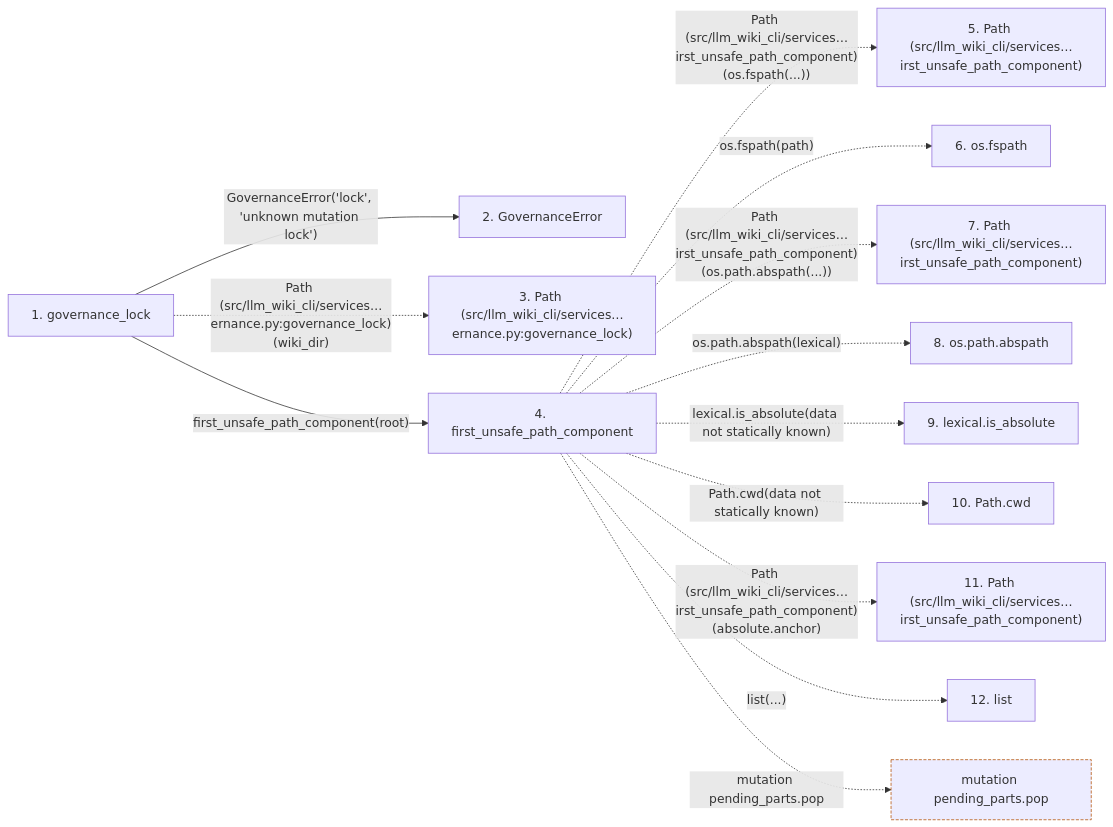
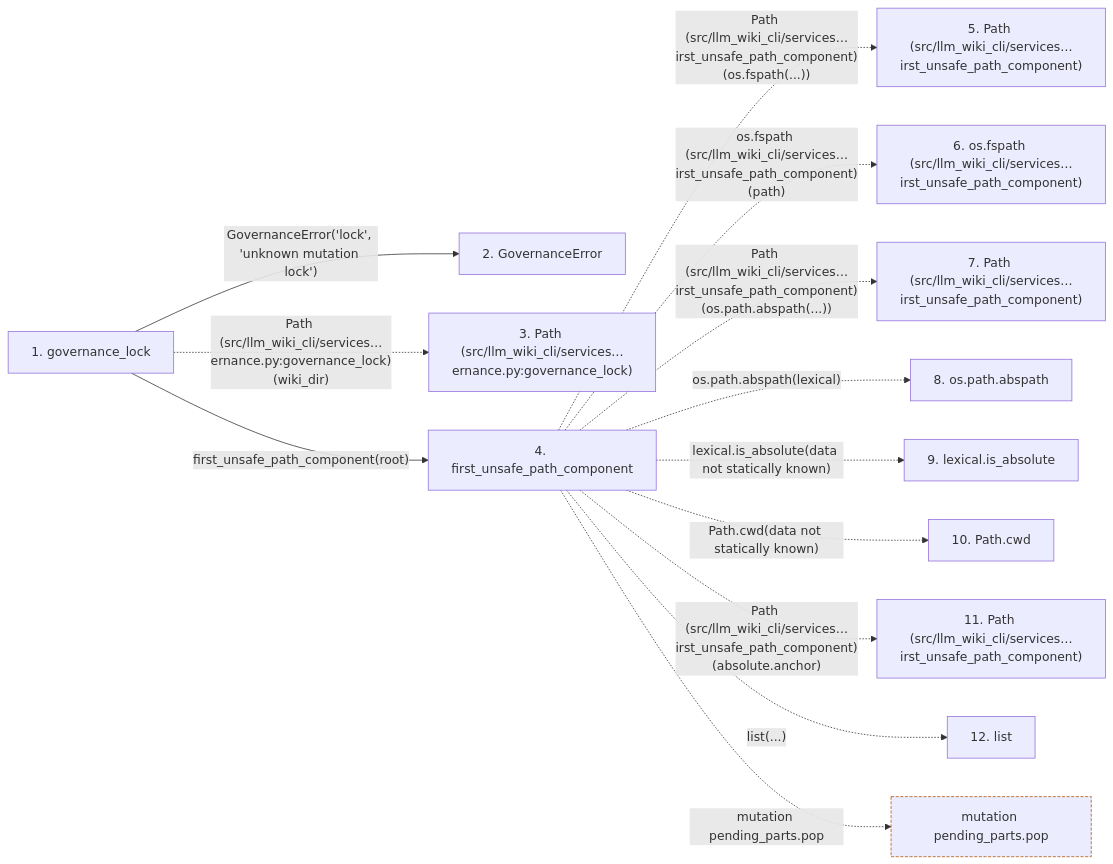
The second of 2 diagrams in docs/llm_wiki/flows/api-governance_lock.md (Denissvgn/python-wiki-llm), drawn with Mermaid before and after one commit. The commit also changed other lines of this file and 356 other files, not shown here.

````diff
--- a/docs/llm_wiki/flows/api-governance_lock.md
+++ b/docs/llm_wiki/flows/api-governance_lock.md
@@ -89,33 +91,33 @@
 ```mermaid
 flowchart LR
     s1["1. governance_lock"]
     s2["2. GovernanceError"]
     s3["3. Path (src/llm_wiki_cli/services…ernance.py:governance_lock)"]
     s4["4. first_unsafe_path_component"]
     s5["5. Path (src/llm_wiki_cli/services…irst_unsafe_path_component)"]
-    s6["6. os.fspath"]
+    s6["6. os.fspath (src/llm_wiki_cli/services…irst_unsafe_path_component)"]
     s7["7. Path (src/llm_wiki_cli/services…irst_unsafe_path_component)"]
     s8["8. os.path.abspath"]
     s9["9. lexical.is_absolute"]
     s10["10. Path.cwd"]
     s11["11. Path (src/llm_wiki_cli/services…irst_unsafe_path_component)"]
     s12["12. list"]
     s1 -->|"GovernanceError('lock', 'unknown mutation lock')"| s2
     s1 -. "Path (src/llm_wiki_cli/services…ernance.py:governance_lock)(wiki_dir)" .-> s3
     s1 -->|"first_unsafe_path_component(root)"| s4
     s4 -. "Path (src/llm_wiki_cli/services…irst_unsafe_path_component)(os.fspath(...))" .-> s5
-    s4 -. "os.fspath(path)" .-> s6
+    s4 -. "os.fspath (src/llm_wiki_cli/services…irst_unsafe_path_component)(path)" .-> s6
     s4 -. "Path (src/llm_wiki_cli/services…irst_unsafe_path_component)(os.path.abspath(...))" .-> s7
     s4 -. "os.path.abspath(lexical)" .-> s8
     s4 -. "lexical.is_absolute(data not statically known)" .-> s9
     s4 -. "Path.cwd(data not statically known)" .-> s10
     s4 -. "Path (src/llm_wiki_cli/services…irst_unsafe_path_component)(absolute.anchor)" .-> s11
     s4 -. "list(...)" .-> s12
     b0["mutation pending_parts.pop"]
     s4 -. "mutation pending_parts.pop" .-> b0
     click s1 "../modules/knowledge_governance.md"
     click s2 "../modules/knowledge_governance.md"
     click s4 "../modules/io.md"
     classDef boundary stroke:#b45309,stroke-dasharray: 4 2
     class b0 boundary
 ```
````
